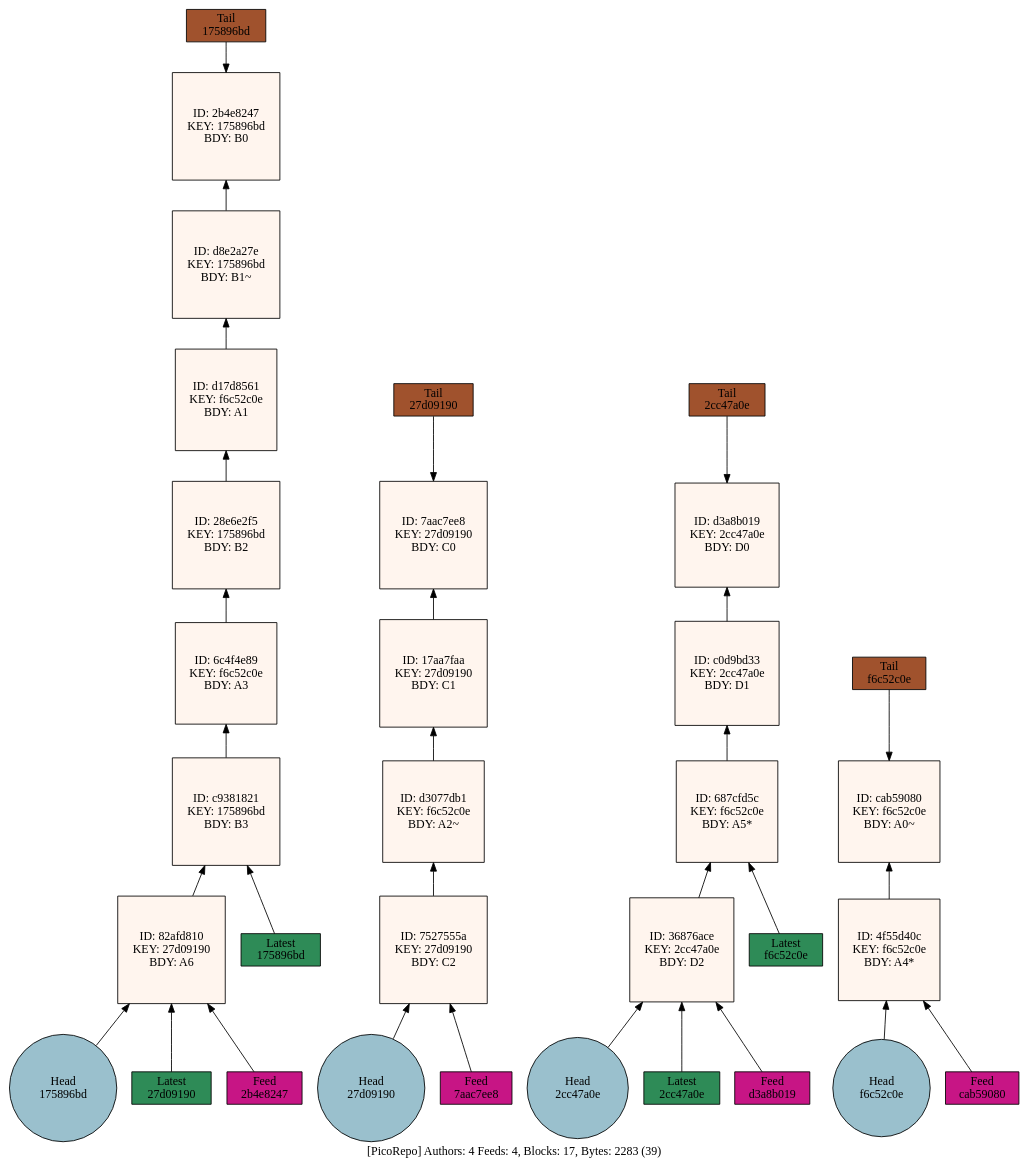
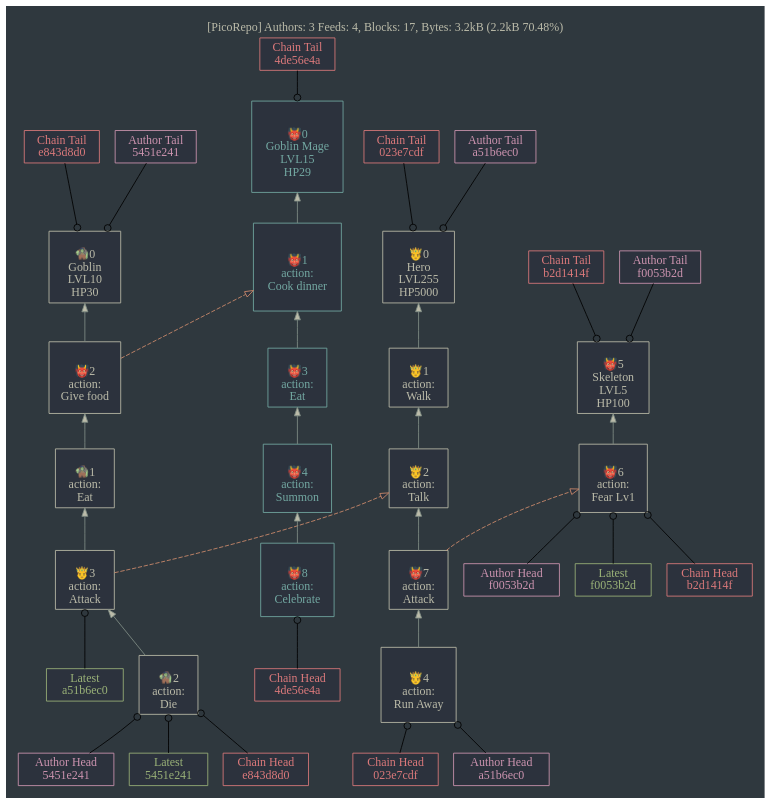
The diagram in repo.dot (telamon/picorepo), drawn with Graphviz before and after one commit. The commit also changed 3 other files, not shown here.

```diff
--- a/repo.dot
+++ b/repo.dot
@@ -1,121 +1,418 @@
 
     digraph G {
-      graph [fontname="fixed",overlap="false",center="1",ratio="compress",label="[PicoRepo] Authors: 4 Feeds: 4, Blocks: 17, Bytes: 2283 (39)",rankdir=BT];
-      node [style=filled,fillcolor=white,shape="circle"];
+      graph [pad=0.2,labelloc="t",fontcolor="#bbbba9",bgcolor="#2f383e",fontname="fixed",overlap="false",center="1",ratio="compress",label="[PicoRepo] Authors: 3 Feeds: 4, Blocks: 17, Bytes: 3.2kB (2.2kB 70.48%)",rankdir=BT];
+      edge [color="black",fillcolor="#2c323d",weight=2.0];
+      node [style=filled,fillcolor="#2c323d",color="#818e85",shape="rect",fontcolor="#bbbba9",shape=box];
     // Nodes
-"H175896bd"[fillcolor=lightblue3,label="Head 
-175896bd"];
-"H27d09190"[fillcolor=lightblue3,label="Head 
-27d09190"];
-"H2cc47a0e"[fillcolor=lightblue3,label="Head 
-2cc47a0e"];
-"Hf6c52c0e"[fillcolor=lightblue3,label="Head 
-f6c52c0e"];
-"T2b4e8247"[fillcolor=sienna,label="Tail
- 175896bd",shape=box];
-"T7aac7ee8"[fillcolor=sienna,label="Tail
- 27d09190",shape=box];
-"Td3a8b019"[fillcolor=sienna,label="Tail
- 2cc47a0e",shape=box];
-"Tcab59080"[fillcolor=sienna,label="Tail
- f6c52c0e",shape=box];
-"Lc9381821"[fillcolor=seagreen,label="Latest
- 175896bd",shape=box];
-"L82afd810"[fillcolor=seagreen,label="Latest
- 27d09190",shape=box];
-"L36876ace"[fillcolor=seagreen,label="Latest
- 2cc47a0e",shape=box];
-"L687cfd5c"[fillcolor=seagreen,label="Latest
- f6c52c0e",shape=box];
-"F36876ace"[fillcolor=mediumvioletred,label="Feed
-d3a8b019",shape=box];
-"F4f55d40c"[fillcolor=mediumvioletred,label="Feed
-cab59080",shape=box];
-"F7527555a"[fillcolor=mediumvioletred,label="Feed
-7aac7ee8",shape=box];
-"F82afd810"[fillcolor=mediumvioletred,label="Feed
-2b4e8247",shape=box];
-"B82afd810"[fillcolor=seashell,label="ID: 82afd810
-KEY: 27d09190
-BDY: A6",shape="square"];
-"Bc9381821"[fillcolor=seashell,label="ID: c9381821
-KEY: 175896bd
-BDY: B3",shape="square"];
-"B6c4f4e89"[fillcolor=seashell,label="ID: 6c4f4e89
-KEY: f6c52c0e
-BDY: A3",shape="square"];
-"B28e6e2f5"[fillcolor=seashell,label="ID: 28e6e2f5
-KEY: 175896bd
-BDY: B2",shape="square"];
-"Bd17d8561"[fillcolor=seashell,label="ID: d17d8561
-KEY: f6c52c0e
-BDY: A1",shape="square"];
-"Bd8e2a27e"[fillcolor=seashell,label="ID: d8e2a27e
-KEY: 175896bd
-BDY: B1~",shape="square"];
-"B2b4e8247"[fillcolor=seashell,label="ID: 2b4e8247
-KEY: 175896bd
-BDY: B0",shape="square"];
-"B7527555a"[fillcolor=seashell,label="ID: 7527555a
-KEY: 27d09190
-BDY: C2",shape="square"];
-"Bd3077db1"[fillcolor=seashell,label="ID: d3077db1
-KEY: f6c52c0e
-BDY: A2~",shape="square"];
-"B17aa7faa"[fillcolor=seashell,label="ID: 17aa7faa
-KEY: 27d09190
-BDY: C1",shape="square"];
-"B7aac7ee8"[fillcolor=seashell,label="ID: 7aac7ee8
-KEY: 27d09190
-BDY: C0",shape="square"];
-"B36876ace"[fillcolor=seashell,label="ID: 36876ace
-KEY: 2cc47a0e
-BDY: D2",shape="square"];
-"B687cfd5c"[fillcolor=seashell,label="ID: 687cfd5c
-KEY: f6c52c0e
-BDY: A5*",shape="square"];
-"Bc0d9bd33"[fillcolor=seashell,label="ID: c0d9bd33
-KEY: 2cc47a0e
-BDY: D1",shape="square"];
-"Bd3a8b019"[fillcolor=seashell,label="ID: d3a8b019
-KEY: 2cc47a0e
-BDY: D0",shape="square"];
-"B4f55d40c"[fillcolor=seashell,label="ID: 4f55d40c
-KEY: f6c52c0e
-BDY: A4*",shape="square"];
-"Bcab59080"[fillcolor=seashell,label="ID: cab59080
-KEY: f6c52c0e
-BDY: A0~",shape="square"];
+"H5451e241"
+      [
+        fontcolor="#cd94b0",
+        color="#cd94b0",
+        label="Author Head 
+5451e241"
+      ];
+"Ha51b6ec0"
+      [
+        fontcolor="#cd94b0",
+        color="#cd94b0",
+        label="Author Head 
+a51b6ec0"
+      ];
+"Hf0053b2d"
+      [
+        fontcolor="#cd94b0",
+        color="#cd94b0",
+        label="Author Head 
+f0053b2d"
+      ];
+"Te843d8d0"
+      [
+        fontcolor="#cd94b0",
+        color="#cd94b0",
+        label="Author Tail
+ 5451e241"
+      ];
+"T023e7cdf"
+      [
+        fontcolor="#cd94b0",
+        color="#cd94b0",
+        label="Author Tail
+ a51b6ec0"
+      ];
+"Tb2d1414f"
+      [
+        fontcolor="#cd94b0",
+        color="#cd94b0",
+        label="Author Tail
+ f0053b2d"
+      ];
+"L1ee10c1d"
+      [
+        fontcolor="#9ab278",
+        color="#9ab278",
+        label="Latest
+ 5451e241"
+      ];
+"L259f15c8"
+      [
+        fontcolor="#9ab278",
+        color="#9ab278",
+        label="Latest
+ a51b6ec0"
+      ];
+"Ld7c4a688"
+      [
+        fontcolor="#9ab278",
+        color="#9ab278",
+        label="Latest
+ f0053b2d"
+      ];
+"F1ee10c1d"
+      [
+        fontcolor="#db797b",
+        color="#db797b",
+        label="Chain Tail
+e843d8d0"
+      ];
+"F90991f2f"
+      [
+        fontcolor="#db797b",
+        color="#db797b",
+        label="Chain Tail
+4de56e4a"
+      ];
+"Fd7c4a688"
+      [
+        fontcolor="#db797b",
+        color="#db797b",
+        label="Chain Tail
+b2d1414f"
+      ];
+"Fe920e13c"
+      [
+        fontcolor="#db797b",
+        color="#db797b",
+        label="Chain Tail
+023e7cdf"
+      ];
+"FT023e7cdf"
+      [
+        fontcolor="#db797b",
+        color="#db797b",
+        label="Chain Head
+023e7cdf"
+      ];
+"FT4de56e4a"
+      [
+        fontcolor="#db797b",
+        color="#db797b",
+        label="Chain Head
+4de56e4a"
+      ];
+"FTb2d1414f"
+      [
+        fontcolor="#db797b",
+        color="#db797b",
+        label="Chain Head
+b2d1414f"
+      ];
+"FTe843d8d0"
+      [
+        fontcolor="#db797b",
+        color="#db797b",
+        label="Chain Head
+e843d8d0"
+      ];
+"B1ee10c1d"
+        [
+          fontcolor="#bbbba9",
+          color="#bbbba9"
+          shape="square",
+          label="
+🧌2
+action:
+Die
+"
+        ];
+"B259f15c8"
+        [
+          fontcolor="#bbbba9",
+          color="#bbbba9"
+          shape="square",
+          label="
+🤴3
+action:
+Attack
+"
+        ];
+"B1630a0eb"
+        [
+          fontcolor="#bbbba9",
+          color="#bbbba9"
+          shape="square",
+          label="
+🧌1
+action:
+Eat
+"
+        ];
+"B81d77322"
+        [
+          fontcolor="#bbbba9",
+          color="#bbbba9"
+          shape="square",
+          label="
+👹2
+action:
+Give food
+"
+        ];
+"Be843d8d0"
+        [
+          fontcolor="#bbbba9",
+          color="#bbbba9"
+          shape="square",
+          label="
+🧌0
+Goblin
+LVL10
+HP30
+"
+        ];
+"Be920e13c"
+        [
+          fontcolor="#bbbba9",
+          color="#bbbba9"
+          shape="square",
+          label="
+🤴4
+action:
+Run Away
+"
+        ];
+"B391e450a"
+        [
+          fontcolor="#bbbba9",
+          color="#bbbba9"
+          shape="square",
+          label="
+👹7
+action:
+Attack
+"
+        ];
+"Bbc6ad16a"
+        [
+          fontcolor="#bbbba9",
+          color="#bbbba9"
+          shape="square",
+          label="
+🤴2
+action:
+Talk
+"
+        ];
+"B23975411"
+        [
+          fontcolor="#bbbba9",
+          color="#bbbba9"
+          shape="square",
+          label="
+🤴1
+action:
+Walk
+"
+        ];
+"B023e7cdf"
+        [
+          fontcolor="#bbbba9",
+          color="#bbbba9"
+          shape="square",
+          label="
+🤴0
+Hero
+LVL255
+HP5000
+"
+        ];
+"Bd7c4a688"
+        [
+          fontcolor="#bbbba9",
+          color="#bbbba9"
+          shape="square",
+          label="
+👹6
+action:
+Fear Lv1
+"
+        ];
+"Bb2d1414f"
+        [
+          fontcolor="#bbbba9",
+          color="#bbbba9"
+          shape="square",
+          label="
+👹5
+Skeleton
+LVL5
+HP100
+"
+        ];
+"B90991f2f"
+        [
+          fontcolor="#73a8a2",
+          color="#73a8a2"
+          shape="square",
+          label="
+👹8
+action:
+Celebrate
+"
+        ];
+"Bb2cd317f"
+        [
+          fontcolor="#73a8a2",
+          color="#73a8a2"
+          shape="square",
+          label="
+👹4
+action:
+Summon
+"
+        ];
+"B69bcf9dd"
+        [
+          fontcolor="#73a8a2",
+          color="#73a8a2"
+          shape="square",
+          label="
+👹3
+action:
+Eat
+"
+        ];
+"Bfaea5bb8"
+        [
+          fontcolor="#73a8a2",
+          color="#73a8a2"
+          shape="square",
+          label="
+👹1
+action:
+Cook dinner
+"
+        ];
+"B4de56e4a"
+        [
+          fontcolor="#73a8a2",
+          color="#73a8a2"
+          shape="square",
+          label="
+👹0
+Goblin Mage
+LVL15
+HP29
+"
+        ];
 
     // Edges
-"H175896bd" -> "B82afd810";
-"H27d09190" -> "B7527555a";
-"H2cc47a0e" -> "B36876ace";
-"Hf6c52c0e" -> "B4f55d40c";
-"B2b4e8247" -> "T2b4e8247"[dir=back];
-"B7aac7ee8" -> "T7aac7ee8"[dir=back];
-"Bd3a8b019" -> "Td3a8b019"[dir=back];
-"Bcab59080" -> "Tcab59080"[dir=back];
-"Lc9381821" -> "Bc9381821";
-"L82afd810" -> "B82afd810";
-"L36876ace" -> "B36876ace";
-"L687cfd5c" -> "B687cfd5c";
-"F36876ace" -> "B36876ace";
-"F4f55d40c" -> "B4f55d40c";
-"F7527555a" -> "B7527555a";
-"F82afd810" -> "B82afd810";
-"B82afd810" -> "Bc9381821";
-"Bc9381821" -> "B6c4f4e89";
-"B6c4f4e89" -> "B28e6e2f5";
-"B28e6e2f5" -> "Bd17d8561";
-"Bd17d8561" -> "Bd8e2a27e";
-"Bd8e2a27e" -> "B2b4e8247";
-"B7527555a" -> "Bd3077db1";
-"Bd3077db1" -> "B17aa7faa";
-"B17aa7faa" -> "B7aac7ee8";
-"B36876ace" -> "B687cfd5c";
-"B687cfd5c" -> "Bc0d9bd33";
-"Bc0d9bd33" -> "Bd3a8b019";
-"B4f55d40c" -> "Bcab59080";
+"H5451e241" -> "B1ee10c1d"[arrowhead=odot];
+"Ha51b6ec0" -> "Be920e13c"[arrowhead=odot];
+"Hf0053b2d" -> "Bd7c4a688"[arrowhead=odot];
+"Be843d8d0" -> "Te843d8d0"[dir=back,arrowtail=odot];
+"B023e7cdf" -> "T023e7cdf"[dir=back,arrowtail=odot];
+"Bb2d1414f" -> "Tb2d1414f"[dir=back,arrowtail=odot];
+"L1ee10c1d" -> "B1ee10c1d"[arrowhead=odot];
+"L259f15c8" -> "B259f15c8"[arrowhead=odot];
+"Ld7c4a688" -> "Bd7c4a688"[arrowhead=odot];
+"Be843d8d0" -> "F1ee10c1d"[dir=back,arrowtail=odot];
+"B4de56e4a" -> "F90991f2f"[dir=back,arrowtail=odot];
+"Bb2d1414f" -> "Fd7c4a688"[dir=back,arrowtail=odot];
+"B023e7cdf" -> "Fe920e13c"[dir=back,arrowtail=odot];
+"FT023e7cdf" -> "Be920e13c"[arrowhead=odot];
+"FT4de56e4a" -> "B90991f2f"[arrowhead=odot];
+"FTb2d1414f" -> "Bd7c4a688"[arrowhead=odot];
+"FTe843d8d0" -> "B1ee10c1d"[arrowhead=odot];
+"B1ee10c1d" -> "B259f15c8"
+          [
+            color="#818e85",
+            fillcolor="#bbbba9",
+            weight=1.0
+          ];
+"B259f15c8" -> "Bbc6ad16a"[style=dashed,weight=0.1,color="#d08c6d"];
+"B259f15c8" -> "B1630a0eb"
+          [
+            color="#818e85",
+            fillcolor="#bbbba9",
+            weight=1.0
+          ];
+"B1630a0eb" -> "B81d77322"
+          [
+            color="#818e85",
+            fillcolor="#bbbba9",
+            weight=1.0
+          ];
+"B81d77322" -> "Bfaea5bb8"[style=dashed,weight=0.1,color="#d08c6d"];
+"B81d77322" -> "Be843d8d0"
+          [
+            color="#818e85",
+            fillcolor="#bbbba9",
+            weight=1.0
+          ];
+"Be920e13c" -> "B391e450a"
+          [
+            color="#818e85",
+            fillcolor="#bbbba9",
+            weight=1.0
+          ];
+"B391e450a" -> "Bd7c4a688"[style=dashed,weight=0.1,color="#d08c6d"];
+"B391e450a" -> "Bbc6ad16a"
+          [
+            color="#818e85",
+            fillcolor="#bbbba9",
+            weight=1.0
+          ];
+"Bbc6ad16a" -> "B23975411"
+          [
+            color="#818e85",
+            fillcolor="#bbbba9",
+            weight=1.0
+          ];
+"B23975411" -> "B023e7cdf"
+          [
+            color="#818e85",
+            fillcolor="#bbbba9",
+            weight=1.0
+          ];
+"Bd7c4a688" -> "Bb2d1414f"
+          [
+            color="#818e85",
+            fillcolor="#bbbba9",
+            weight=1.0
+          ];
+"B90991f2f" -> "Bb2cd317f"
+          [
+            color="#818e85",
+            fillcolor="#bbbba9",
+            weight=1.0
+          ];
+"Bb2cd317f" -> "B69bcf9dd"
+          [
+            color="#818e85",
+            fillcolor="#bbbba9",
+            weight=1.0
+          ];
+"B69bcf9dd" -> "Bfaea5bb8"
+          [
+            color="#818e85",
+            fillcolor="#bbbba9",
+            weight=1.0
+          ];
+"Bfaea5bb8" -> "B4de56e4a"
+          [
+            color="#818e85",
+            fillcolor="#bbbba9",
+            weight=1.0
+          ];
 
     }
```
